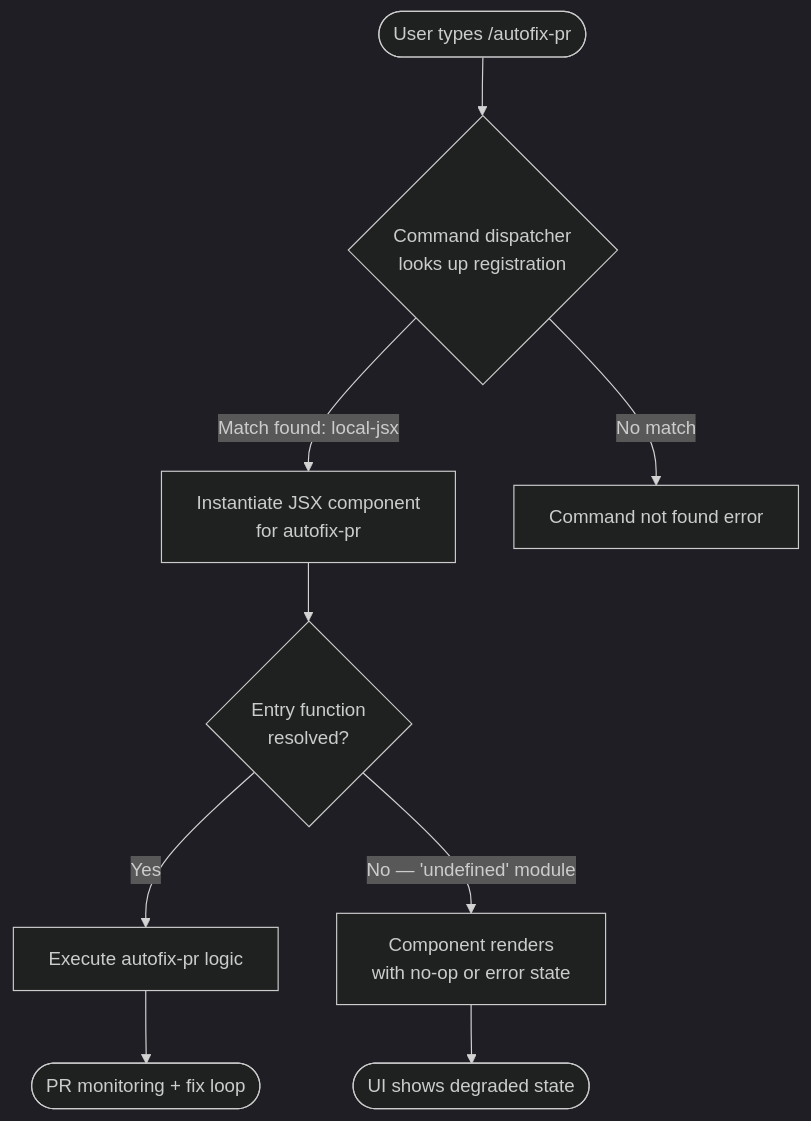
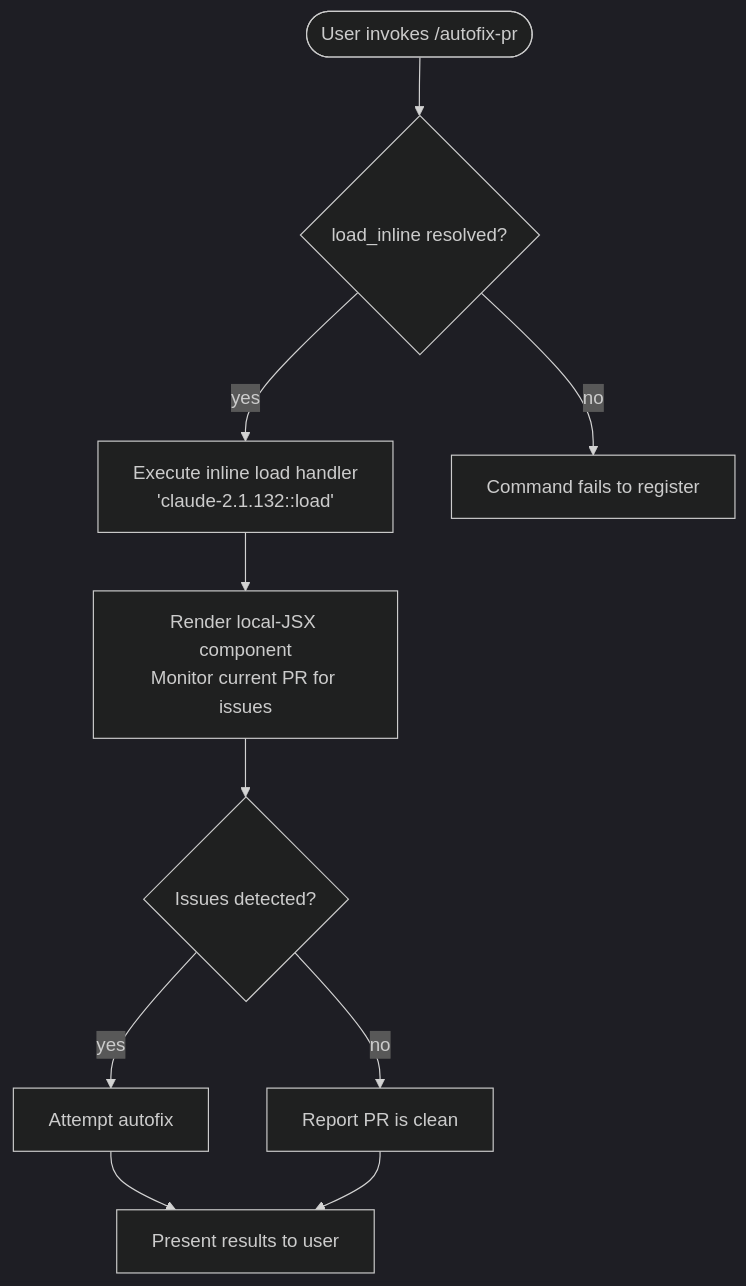
One commit to MyLittleLuckyDog/cc-gnothi changed the diagram in versions/v2.1.143/autofix-pr.md. Above: the diagram before and after it, drawn with Mermaid (dark theme). The commit also changed other lines of this file and 483 other files, not shown here.

````diff
--- a/versions/v2.1.143/autofix-pr.md
+++ b/versions/v2.1.143/autofix-pr.md
@@ -49,11 +59,12 @@
 ```mermaid
 flowchart TD
-    A([User types /autofix-pr]) --> B{Command dispatcher\nlooks up registration}
-    B -->|Match found: local-jsx| C[Instantiate JSX component\nfor autofix-pr]
-    B -->|No match| D[Command not found error]
-    C --> E{Entry function\nresolved?}
-    E -->|Yes| F[Execute autofix-pr logic\n<!-- TODO: depth-4 needed -->]
-    E -->|No — 'undefined' module| G[Component renders\nwith no-op or error state]
-    F --> H([PR monitoring + fix loop])
-    G --> I([UI shows degraded state])
+    A([User invokes /autofix-pr]) --> B{load_inline resolved?}
+    B -- yes --> C[Execute inline load handler\n'claude-2.1.132::load']
+    B -- no --> D[Command fails to register]
+    C --> E[Render local-JSX component\nMonitor current PR for issues]
+    E --> F{Issues detected?}
+    F -- yes --> G[Attempt autofix\n<!-- TODO: not found in depth-2 traversal; needs --depth 4 -->]
+    F -- no --> H[Report PR is clean]
+    G --> I[Present results to user]
+    H --> I
 ```
````
